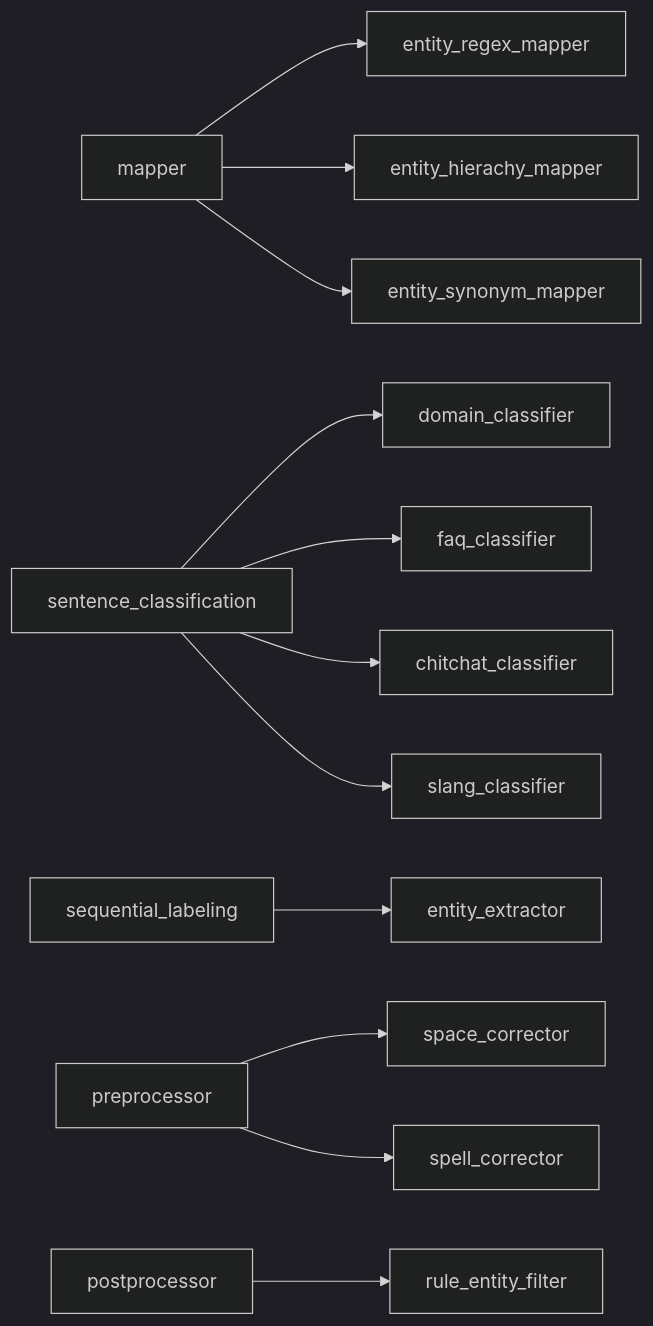
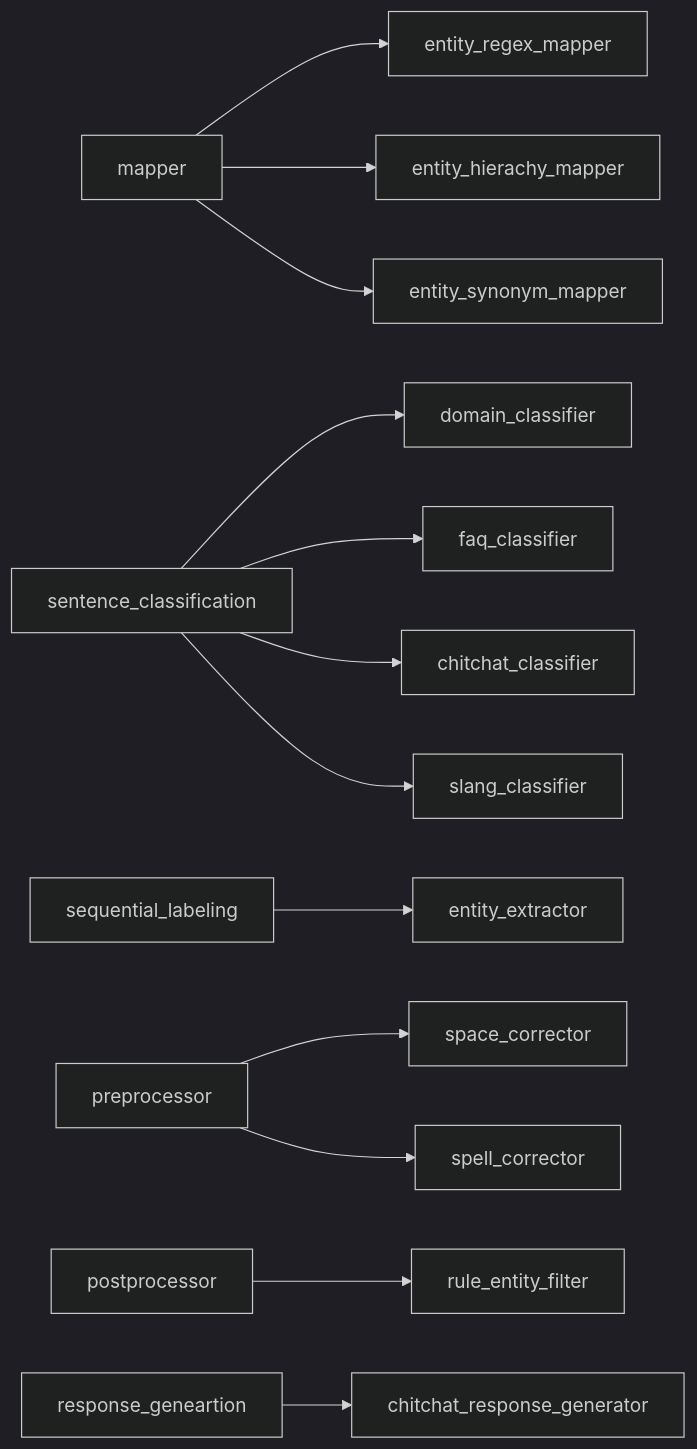
One commit to cheesama/nlu_flow_github changed the diagram in README.md. Above: the diagram before and after it, drawn with Mermaid (dark theme). The commit also changed other lines of this file and 3 other files, not shown here.

````diff
--- a/README.md
+++ b/README.md
@@ -6,19 +6,21 @@
 ```mermaid
 graph LR
   A[mapper] --> AA[entity_regex_mapper]
   A --> AB[entity_hierachy_mapper]
   A --> AC[entity_synonym_mapper]
   
   B[sentence_classification] --> BA[domain_classifier]
   B[sentence_classification] --> BB[faq_classifier]
   B[sentence_classification] --> BC[chitchat_classifier]
   B[sentence_classification] --> BD[slang_classifier]
   
   C[sequential_labeling] --> CA[entity_extractor]
   
   D[preprocessor] --> DA[space_corrector]
   D[preprocessor] --> DB[spell_corrector]
   
   E[postprocessor] --> EA[rule_entity_filter]
+
+  F[response_geneartion] --> FA[chitchat_response_generator]
  
 ```
````
